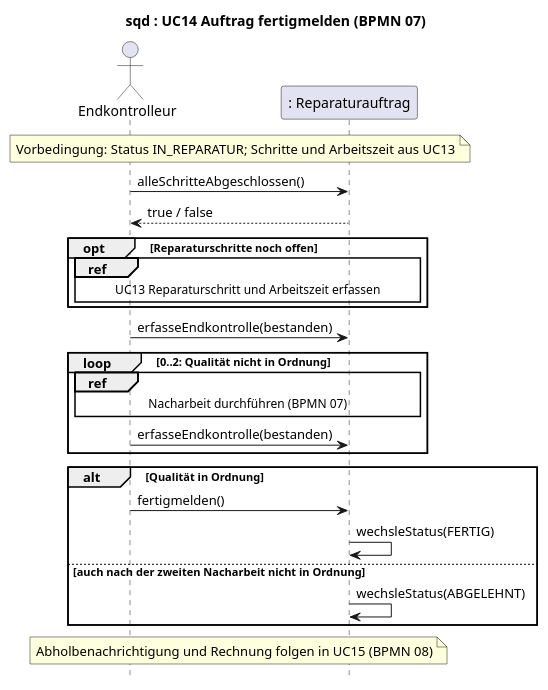
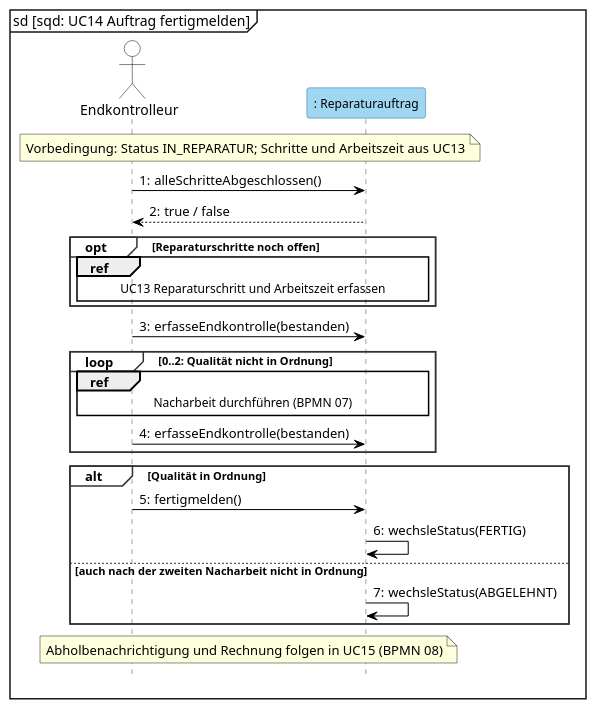
One commit to jakobschwan123-cmd/casestudy-semester-3 changed the diagram in 2_uml/entwurf-plantuml/sequenz-04-fertigmeldung.puml. Above: the diagram before and after it, drawn with PlantUML. The commit also changed 13 other files, not shown here.

First line of the commit message:
[T05 2026-10-15] style: sequence diagram templates in Visual Paradigm notation (E-28)

```diff
--- a/2_uml/entwurf-plantuml/sequenz-04-fertigmeldung.puml
+++ b/2_uml/entwurf-plantuml/sequenz-04-fertigmeldung.puml
@@ -1,30 +1,46 @@
 @startuml
 ' BPMN: p07-reparaturdurchfuehrung.bpmn. Kernablauf: Endkontrolle, höchstens zwei Nacharbeiten (E-22), fertigmelden oder abbrechen.
-title sqd : UC14 Auftrag fertigmelden (BPMN 07)
+' Darstellung wie in Visual Paradigm: Objekterzeugung als gestrichelter Pfeil auf den Kopfkasten (Kasten sitzt auf Nachrichtenhöhe, VL 6 Folie 5-70), kein <<create>>-Text.
+mainframe sd [sqd: UC14 Auftrag fertigmelden]
 skinparam defaultFontName Arial
 skinparam sequenceMessageAlign left
 skinparam maxMessageSize 170
+skinparam shadowing false
+skinparam sequence {
+  ParticipantBackgroundColor #9FD6F2
+  ParticipantBorderColor #2E6E99
+  ParticipantFontSize 12
+  ActorBackgroundColor white
+  ActorBorderColor black
+  LifeLineBorderColor #444444
+  LifeLineBackgroundColor #9FD6F2
+  GroupBorderColor #333333
+  GroupBackgroundColor white
+  GroupHeaderFontStyle bold
+  ArrowColor black
+}
 hide footbox
+autonumber "0:"
 
 actor Endkontrolleur as E
 participant ": Reparaturauftrag" as RA
 
 note over E, RA : Vorbedingung: Status IN_REPARATUR; Schritte und Arbeitszeit aus UC13
 E -> RA : alleSchritteAbgeschlossen()
 RA --> E : true / false
 opt Reparaturschritte noch offen
     ref over E, RA : UC13 Reparaturschritt und Arbeitszeit erfassen
 end
 E -> RA : erfasseEndkontrolle(bestanden)
 loop 0..2: Qualität nicht in Ordnung
     ref over E, RA : Nacharbeit durchführen (BPMN 07)
     E -> RA : erfasseEndkontrolle(bestanden)
 end
 alt Qualität in Ordnung
     E -> RA : fertigmelden()
     RA -> RA : wechsleStatus(FERTIG)
 else auch nach der zweiten Nacharbeit nicht in Ordnung
     RA -> RA : wechsleStatus(ABGELEHNT)
 end
 note over E, RA : Abholbenachrichtigung und Rechnung folgen in UC15 (BPMN 08)
 @enduml
```
